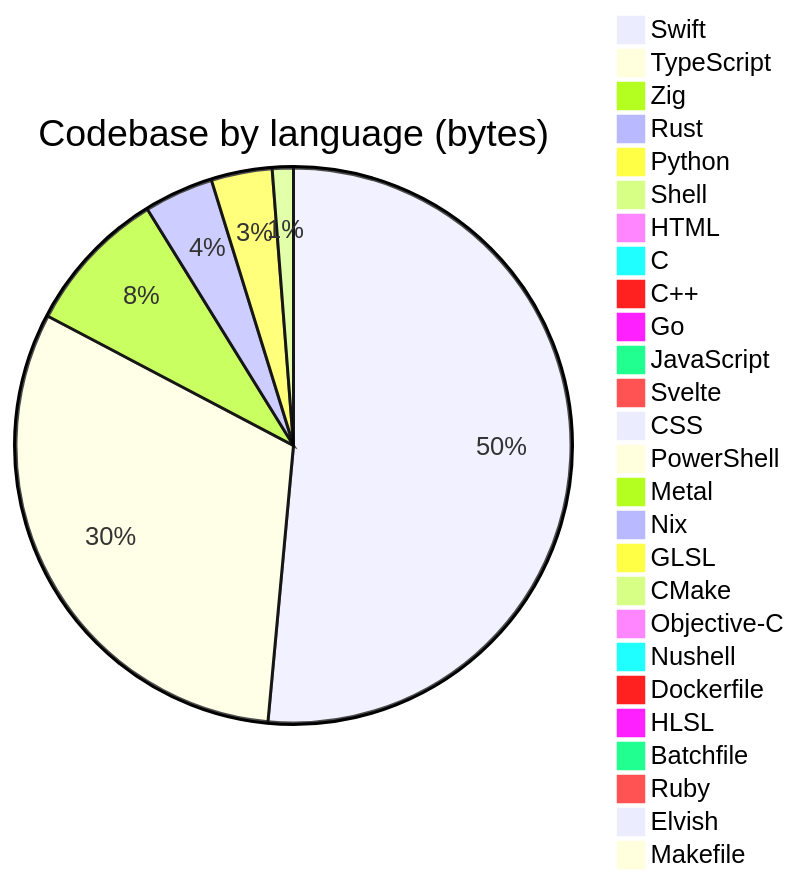
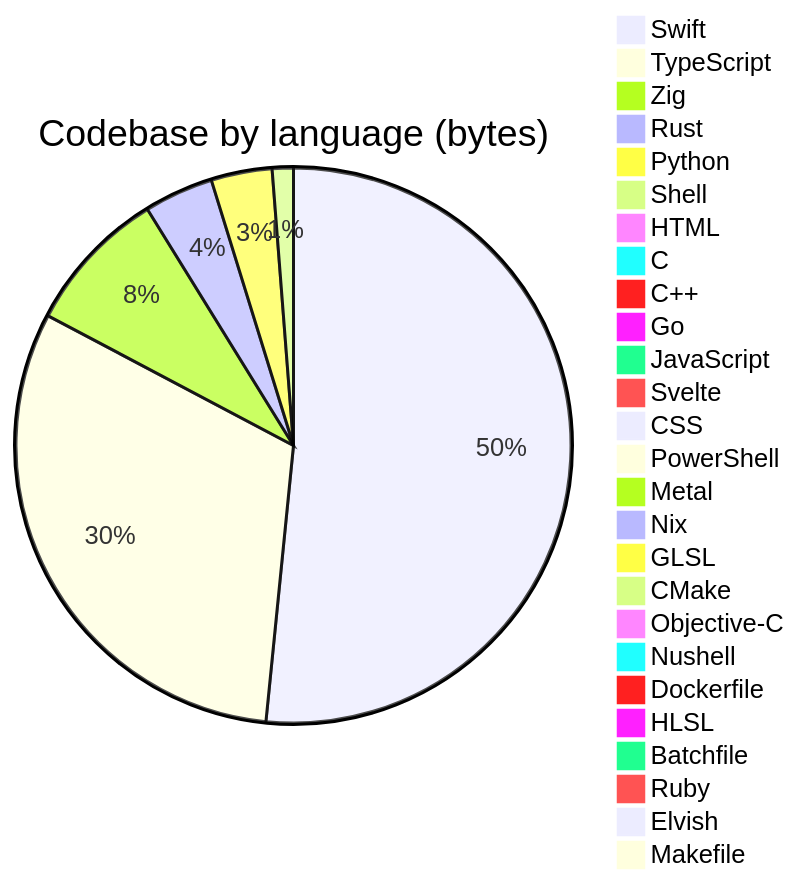
One commit to Open330/.github changed the diagram in profile/README.md. Above: the diagram before and after it, drawn with Mermaid. The commit also changed other lines of this file, not shown here.

````diff
--- a/profile/README.md
+++ b/profile/README.md
@@ -144,29 +144,29 @@
 ```mermaid
 pie title Codebase by language (bytes)
-    "Swift" : 61786822
+    "Swift" : 62107330
     "TypeScript" : 37509227
     "Zig" : 10170181
-    "Rust" : 4852399
-    "Python" : 4257943
-    "Shell" : 1472753
+    "Rust" : 4858980
+    "Python" : 4271823
+    "Shell" : 1481427
     "HTML" : 947008
     "C" : 733012
     "C++" : 728032
     "Go" : 572897
     "JavaScript" : 514855
     "Svelte" : 275766
     "CSS" : 258439
     "PowerShell" : 98390
-    "Metal" : 58290
+    "Metal" : 58449
     "Nix" : 47837
     "GLSL" : 31433
     "CMake" : 16825
     "Objective-C" : 14285
     "Nushell" : 13719
     "Dockerfile" : 8884
     "HLSL" : 7527
     "Batchfile" : 5660
     "Ruby" : 4165
     "Elvish" : 4137
     "Makefile" : 2038
 ```
````
